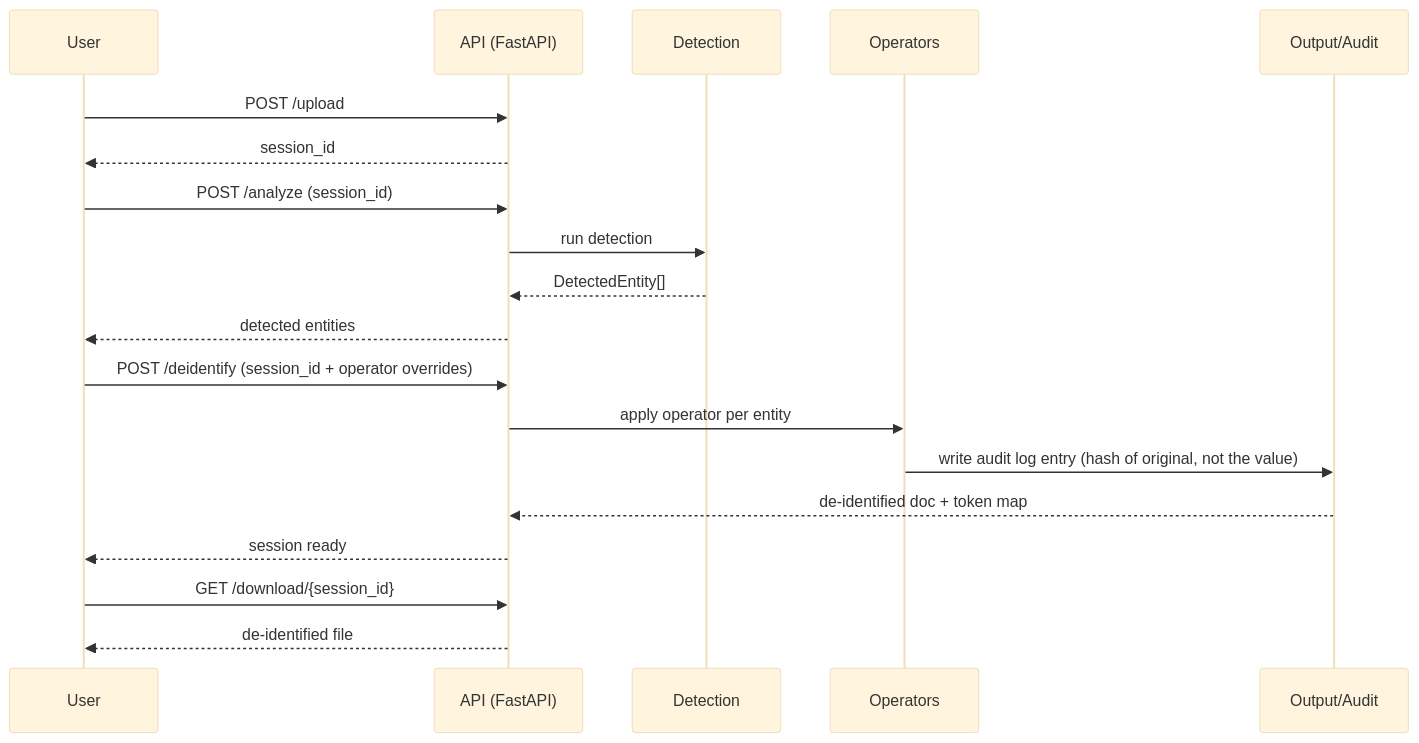
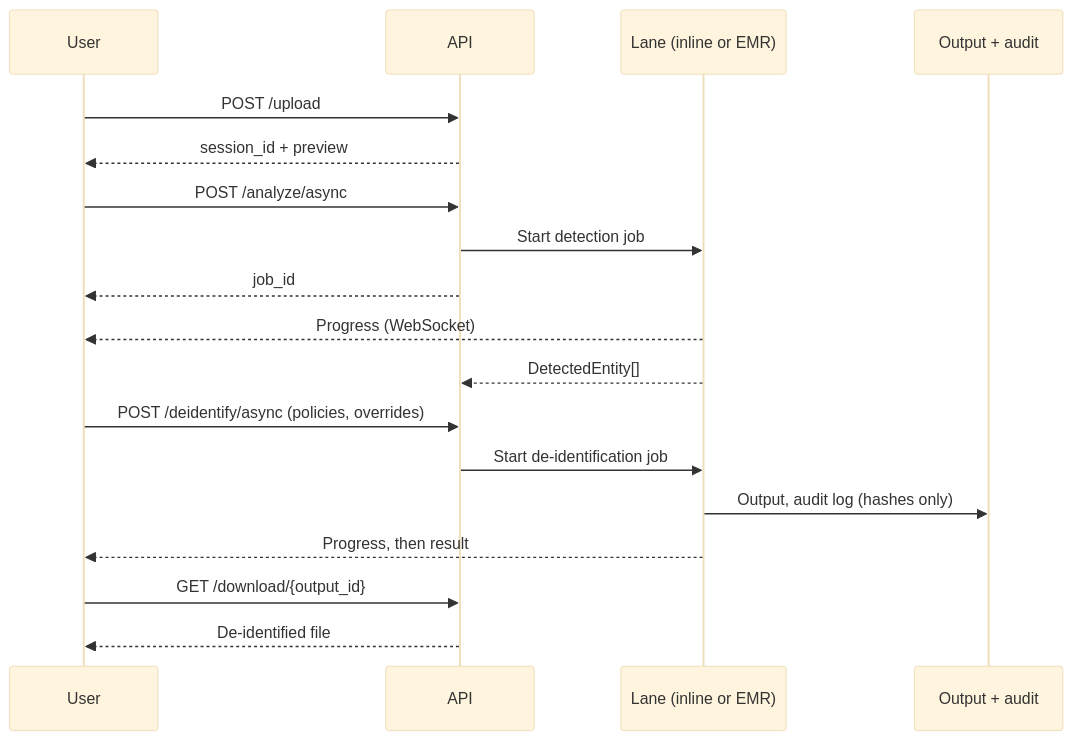
Before and after one commit to DataShield-sp18/data-shield-docs: the second of 3 diagrams in docs/features/deidentification-workflow.md, drawn with Mermaid (base theme). The commit also changed other lines of this file and 8 other files, not shown here.

````diff
--- a/docs/features/deidentification-workflow.md
+++ b/docs/features/deidentification-workflow.md
@@ -6,22 +31,21 @@
 ```mermaid
 sequenceDiagram
     participant U as User
-    participant API as API (FastAPI)
-    participant D as Detection
-    participant O as Operators
-    participant Out as Output/Audit
+    participant API as API
+    participant L as Lane (inline or EMR)
+    participant Out as Output + audit
 
     U->>API: POST /upload
-    API-->>U: session_id
-    U->>API: POST /analyze (session_id)
-    API->>D: run detection
-    D-->>API: DetectedEntity[]
-    API-->>U: detected entities
-    U->>API: POST /deidentify (session_id + operator overrides)
-    API->>O: apply operator per entity
-    O->>Out: write audit log entry (hash of original, not the value)
-    Out-->>API: de-identified doc + token map
-    API-->>U: session ready
-    U->>API: GET /download/{session_id}
-    API-->>U: de-identified file
+    API-->>U: session_id + preview
+    U->>API: POST /analyze/async
+    API->>L: Start detection job
+    API-->>U: job_id
+    L-->>U: Progress (WebSocket)
+    L-->>API: DetectedEntity[]
+    U->>API: POST /deidentify/async (policies, overrides)
+    API->>L: Start de-identification job
+    L->>Out: Output, audit log (hashes only)
+    L-->>U: Progress, then result
+    U->>API: GET /download/{output_id}
+    API-->>U: De-identified file
 ```
````
